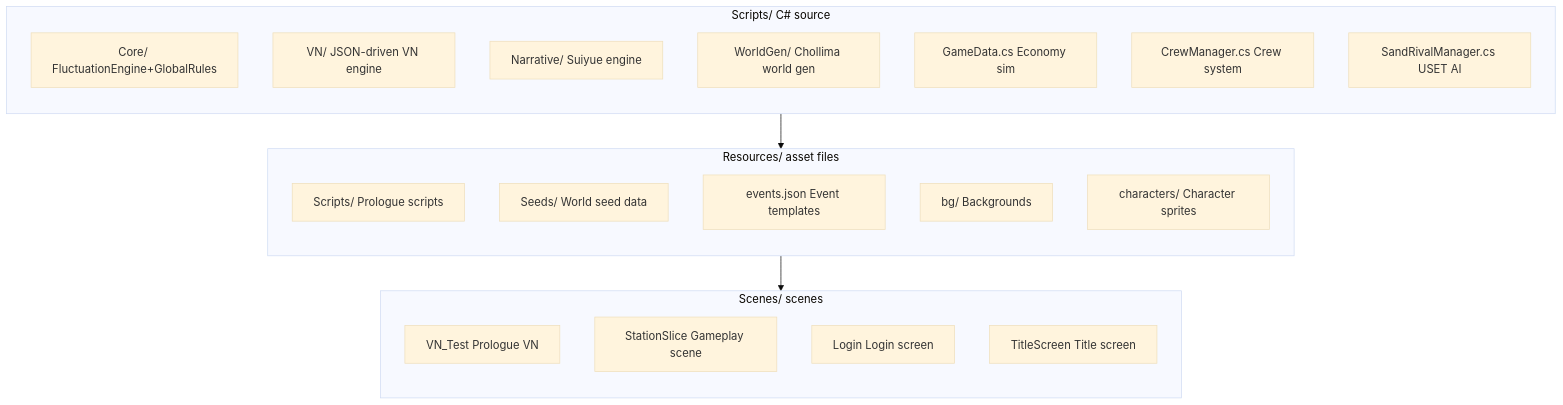
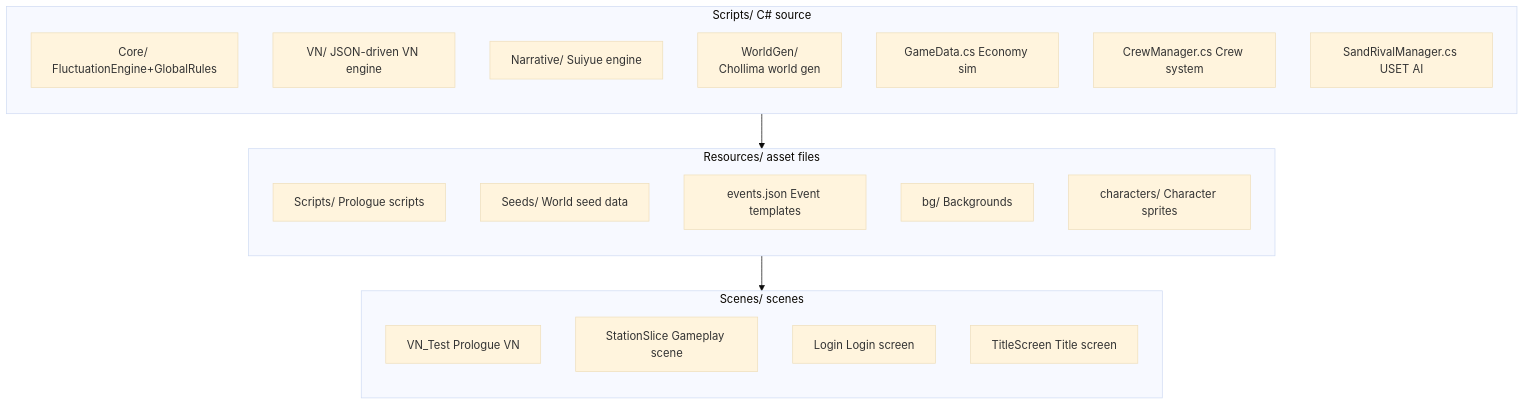
One commit to NMDX0721/RailwayRenaissance changed the sixth of 8 diagrams in README.md. Above: the diagram before and after it, drawn with Mermaid (base theme).

Commit message:
docs: fix Mermaid flowchart node text truncation - add line break to WorldGen label

````diff
--- a/README.md
+++ b/README.md
@@ -576,32 +576,32 @@
 ```mermaid
 flowchart TB
     subgraph Scripts["Scripts/ C# source"]
         direction TB
         Core["Core/ FluctuationEngine+GlobalRules"]
         VN["VN/ JSON-driven VN engine"]
         Narrative["Narrative/ Suiyue engine"]
-        WorldGen["WorldGen/ Chollima world gen"]
+        WorldGen["WorldGen/<br>Chollima world gen"]
         GameData["GameData.cs Economy sim"]
         CrewManager["CrewManager.cs Crew system"]
         SandRival["SandRivalManager.cs USET AI"]
     end
     
     subgraph Resources["Resources/ asset files"]
         direction TB
         ScriptsJSON["Scripts/ Prologue scripts"]
         Seeds["Seeds/ World seed data"]
         Events["events.json Event templates"]
         BG["bg/ Backgrounds"]
         Characters["characters/ Character sprites"]
     end
     
     subgraph Scenes["Scenes/ scenes"]
         direction TB
         VNTest["VN_Test Prologue VN"]
         Station["StationSlice Gameplay scene"]
         Login["Login Login screen"]
         Title["TitleScreen Title screen"]
     end
     
     Scripts --> Resources --> Scenes
 ```
````
